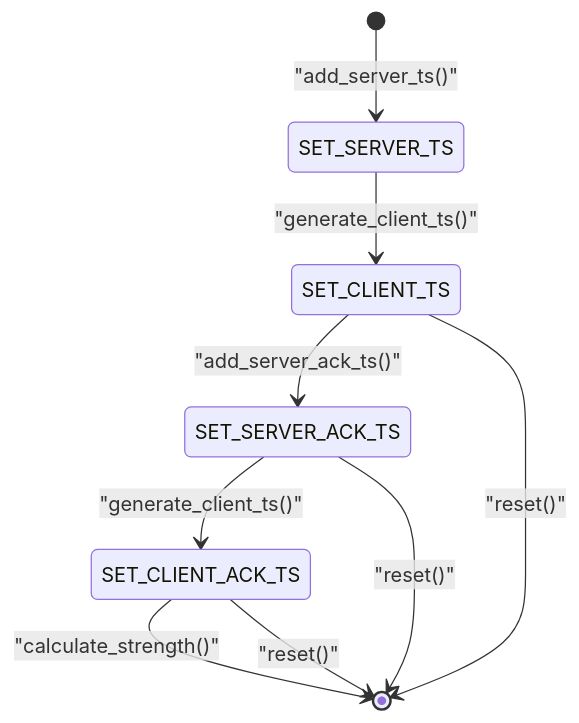
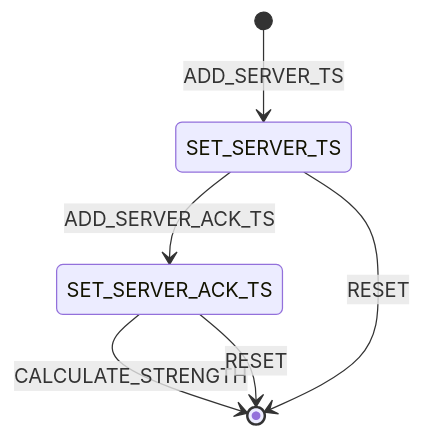
One commit to mrinalaswin/re-webskocket-strength changed the third of 3 diagrams in docs/calculate-the-websocket-strength.md. Above: the diagram before and after it, drawn with Mermaid. The commit also changed other lines of this file, not shown here.

````diff
--- a/docs/calculate-the-websocket-strength.md
+++ b/docs/calculate-the-websocket-strength.md
@@ -60,11 +60,8 @@
 ```mermaid
 stateDiagram
-	[*] --> SET_SERVER_TS : "add_server_ts()"
-	SET_SERVER_TS --> SET_CLIENT_TS : "generate_client_ts()"
-	SET_CLIENT_TS --> SET_SERVER_ACK_TS : "add_server_ack_ts()"
-	SET_SERVER_ACK_TS --> SET_CLIENT_ACK_TS : "generate_client_ts()"
-	SET_CLIENT_ACK_TS --> [*] : "calculate_strength()"
-	SET_CLIENT_TS --> [*] : "reset()"
-	SET_SERVER_ACK_TS --> [*] : "reset()"
-	SET_CLIENT_ACK_TS --> [*] : "reset()"
+	[*] --> SET_SERVER_TS : ADD_SERVER_TS
+	SET_SERVER_TS --> SET_SERVER_ACK_TS : ADD_SERVER_ACK_TS
+	SET_SERVER_ACK_TS --> [*] : CALCULATE_STRENGTH
+	SET_SERVER_TS --> [*] : RESET
+	SET_SERVER_ACK_TS --> [*] : RESET
 ```
````
